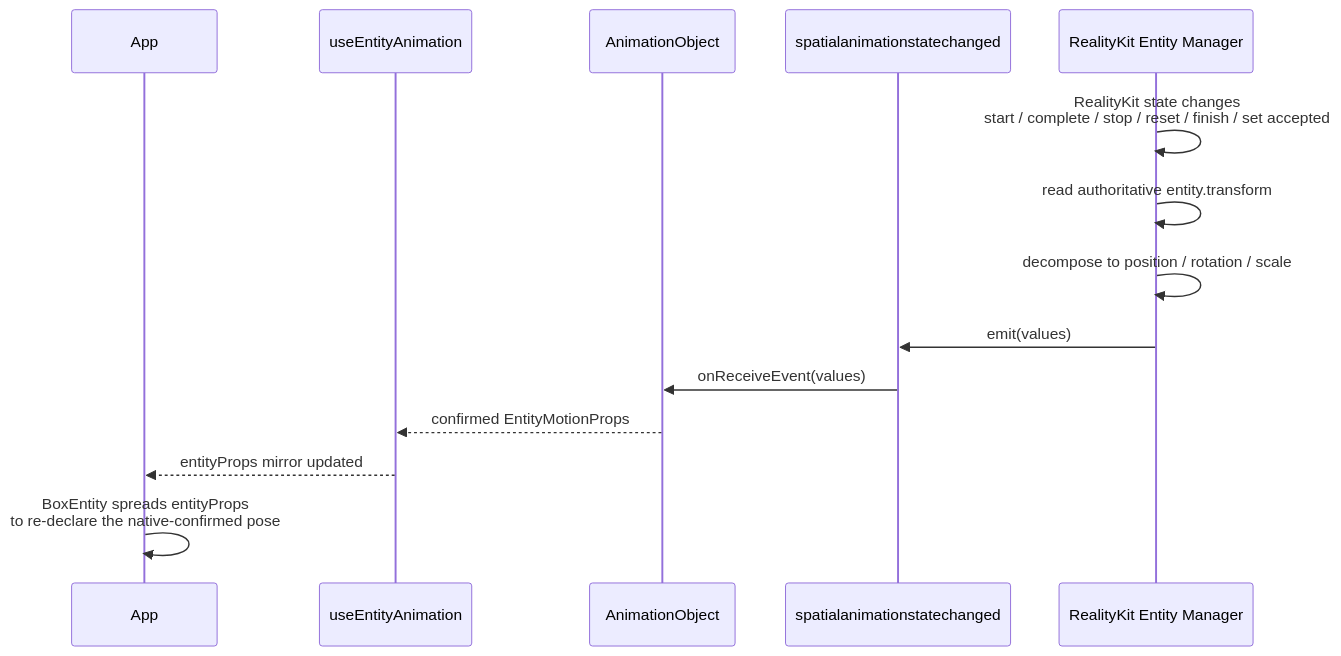
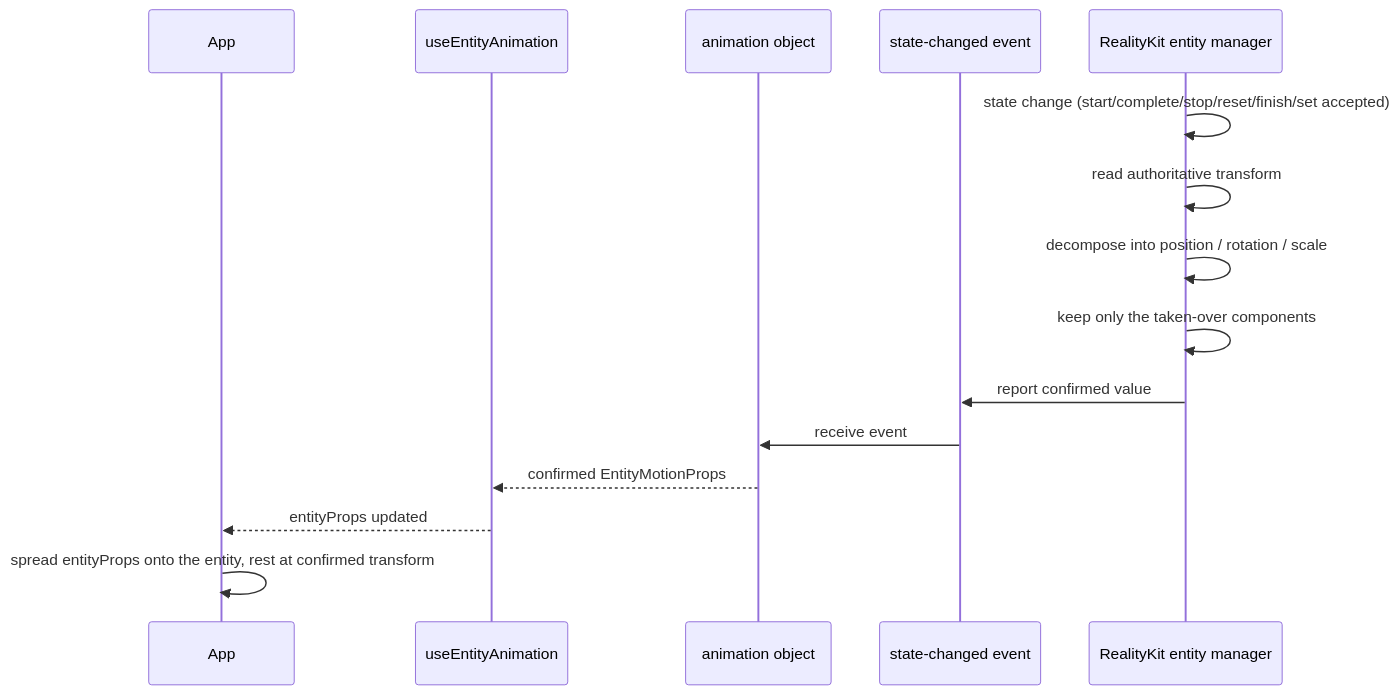
Before and after one commit to webspatial/webspatial-sdk: the third of 11 diagrams in openspec/changes/redesign-entity-motion-api/design.md, drawn with Mermaid. The commit also changed other lines of this file and 7 other files, not shown here.

````diff
--- a/openspec/changes/redesign-entity-motion-api/design.md
+++ b/openspec/changes/redesign-entity-motion-api/design.md
@@ -262,17 +320,18 @@
 ```mermaid
 sequenceDiagram
-    participant App
+    participant App as App
     participant Hook as useEntityAnimation
-    participant Obj as AnimationObject
-    participant Event as spatialanimationstatechanged
-    participant Native as RealityKit Entity Manager
+    participant Obj as animation object
+    participant Event as state-changed event
+    participant Native as RealityKit entity manager
 
-    Native->>Native: RealityKit state changes<br/>start / complete / stop / reset / finish / set accepted
-    Native->>Native: read authoritative entity.transform
-    Native->>Native: decompose to position / rotation / scale
-    Native->>Event: emit(values)
-    Event->>Obj: onReceiveEvent(values)
+    Native->>Native: state change (start/complete/stop/reset/finish/set accepted)
+    Native->>Native: read authoritative transform
+    Native->>Native: decompose into position / rotation / scale
+    Native->>Native: keep only the taken-over components
+    Native->>Event: report confirmed value
+    Event->>Obj: receive event
     Obj-->>Hook: confirmed EntityMotionProps
-    Hook-->>App: entityProps mirror updated
-    App->>App: BoxEntity spreads entityProps<br/>to re-declare the native-confirmed pose
+    Hook-->>App: entityProps updated
+    App->>App: spread entityProps onto the entity, rest at confirmed transform
 ```
````
